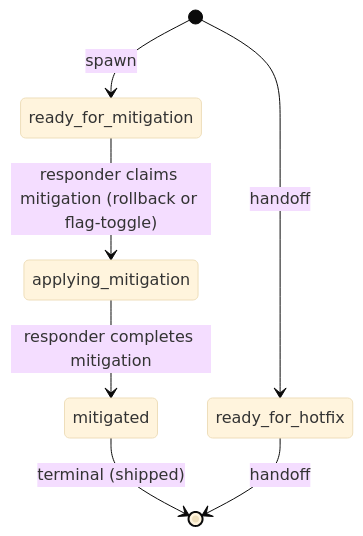
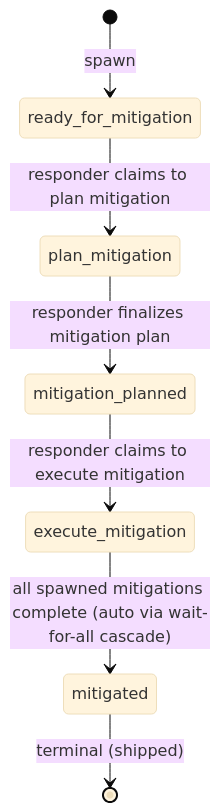
The diagram in examples/workflows/mitigation-states.mermaid (blemees/blemees-workflow), drawn with Mermaid (base theme) before and after one commit. The commit also changed 53 other files, not shown here.

```diff
--- a/examples/workflows/mitigation-states.mermaid
+++ b/examples/workflows/mitigation-states.mermaid
@@ -1,12 +1,14 @@
 stateDiagram-v2
     direction TB
     %% Cross-process interfaces:
-    %%   Handoff: ready_for_hotfix (shared resting state)
+    %%   Spawn:   execute_mitigation → process (derived from initial_state) (issue_type=hotfix, initial=ready_for_hotfix)
+    %%   Spawn:   execute_mitigation → process (derived from initial_state) (issue_type=config-change, initial=ready_for_config_change)
+    %%   Spawn:   execute_mitigation → process (derived from initial_state) (issue_type=data-change, initial=ready_for_data_change)
     %%
 
-    ready_for_mitigation --> applying_mitigation: responder claims mitigation (rollback or flag-toggle)
-    applying_mitigation --> mitigated: responder completes mitigation
+    ready_for_mitigation --> plan_mitigation: responder claims to plan mitigation
+    plan_mitigation --> mitigation_planned: responder finalizes mitigation plan
+    mitigation_planned --> execute_mitigation: responder claims to execute mitigation
+    execute_mitigation --> mitigated: all spawned mitigations complete (auto via wait-for-all cascade)
     mitigated --> [*]: terminal (shipped)
-    [*] --> ready_for_hotfix: handoff
-    ready_for_hotfix --> [*]: handoff
     [*] --> ready_for_mitigation: spawn
```
